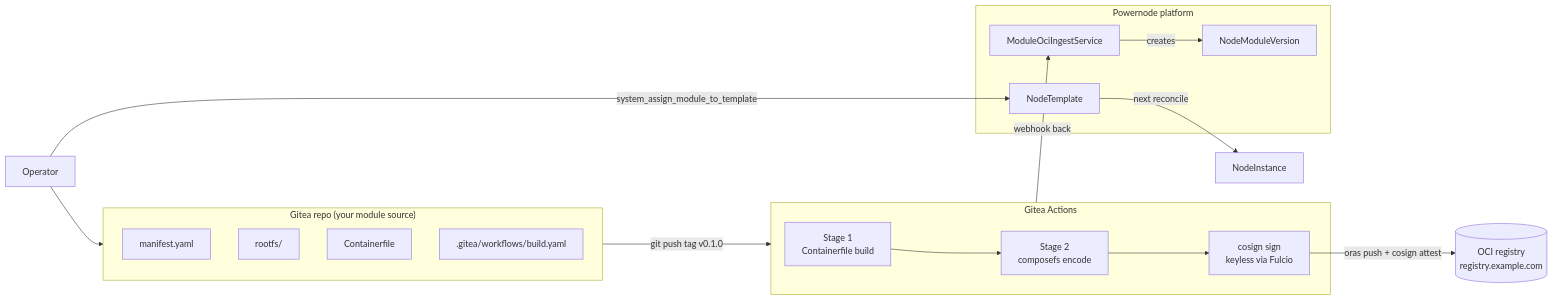
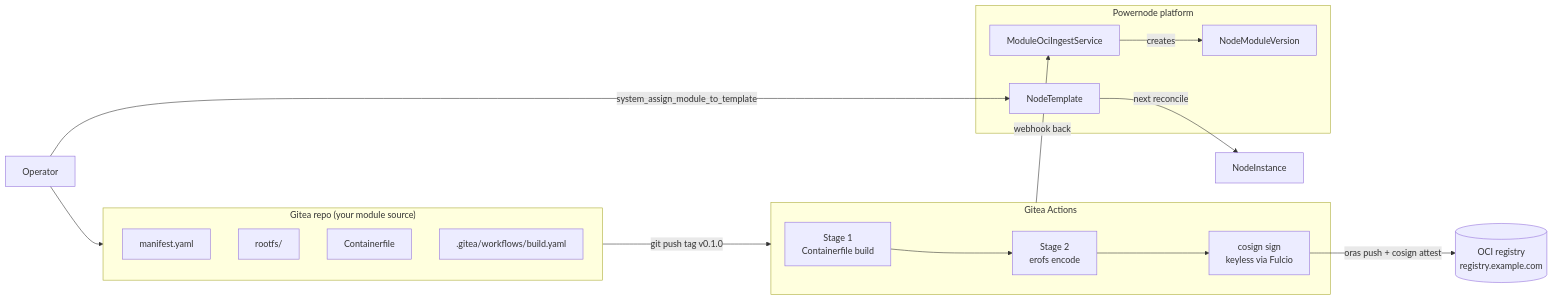
The diagram in docs/tutorials/02-first-module.md (nodealchemy/powernode-system), drawn with Mermaid before and after one commit. The commit also changed other lines of this file and 9 other files, not shown here.

First line of the commit message:
docs: correct composefs->erofs filesystem references in operator docs

````diff
--- a/docs/tutorials/02-first-module.md
+++ b/docs/tutorials/02-first-module.md
@@ -15,31 +15,31 @@
 ```mermaid
 flowchart LR
     Op[Operator]
     subgraph Repo["Gitea repo (your module source)"]
         Mf[manifest.yaml]
         Rfs[rootfs/]
         Cf[Containerfile]
         Wf[.gitea/workflows/build.yaml]
     end
     subgraph CI["Gitea Actions"]
         Build[Stage 1<br/>Containerfile build]
-        Compose[Stage 2<br/>composefs encode]
+        Compose[Stage 2<br/>erofs encode]
         Sign[cosign sign<br/>keyless via Fulcio]
     end
     Reg[(OCI registry<br/>registry.example.com)]
     subgraph Plat["Powernode platform"]
         Ingest[ModuleOciIngestService]
         Ver[NodeModuleVersion]
         Tpl[NodeTemplate]
     end
     VM[NodeInstance]
 
     Op --> Repo
     Repo -- "git push tag v0.1.0" --> CI
     Build --> Compose --> Sign
     Sign -- "oras push + cosign attest" --> Reg
     CI -- "webhook back" --> Ingest
     Ingest -- "creates" --> Ver
     Op -- "system_assign_module_to_template" --> Tpl
     Tpl -- "next reconcile" --> VM
 ```
````
